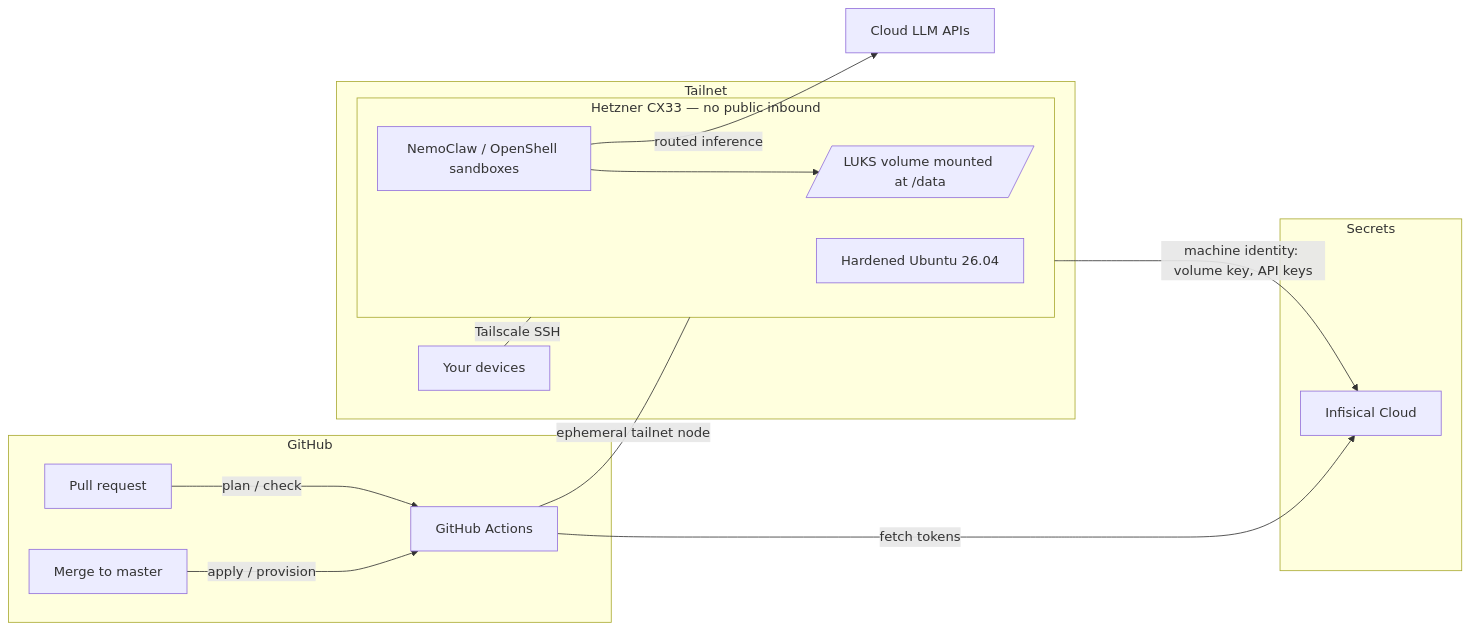
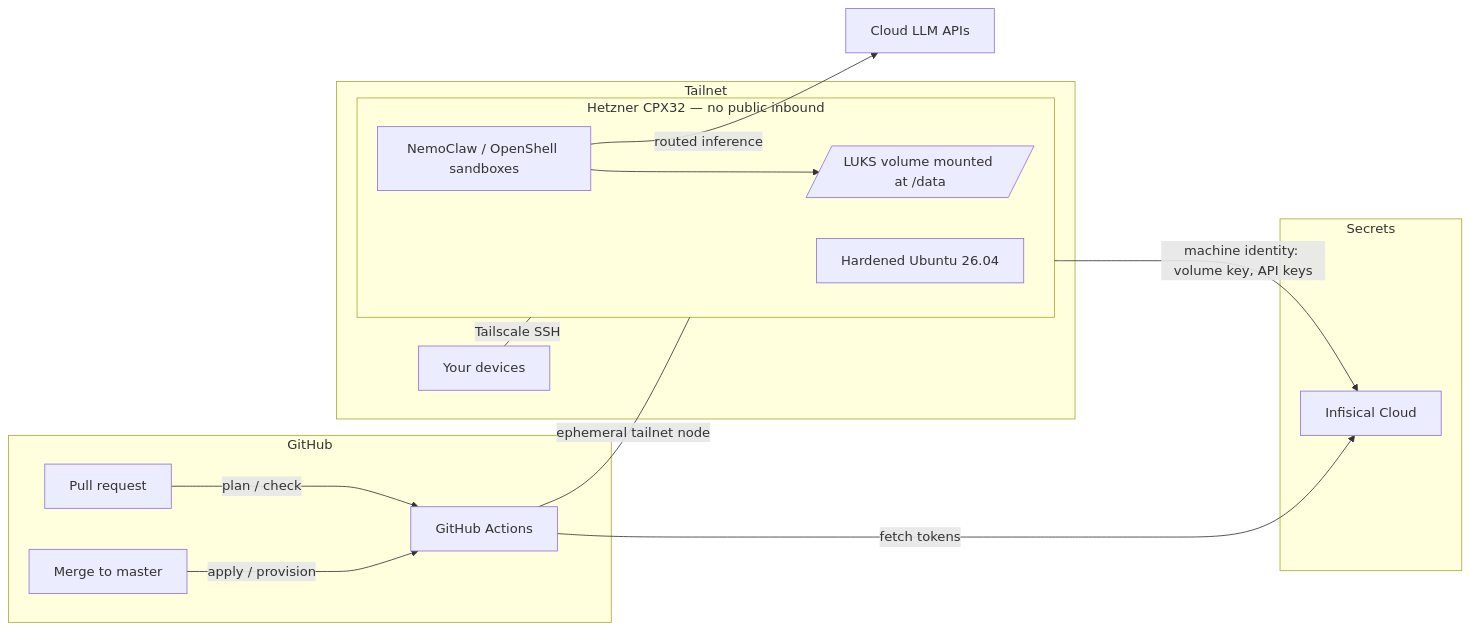
One commit to jfmercer/menegroth changed the diagram in README.md. Above: the diagram before and after it, drawn with Mermaid. The commit also changed other lines of this file and 6 other files, not shown here.

````diff
--- a/README.md
+++ b/README.md
@@ -21,23 +21,23 @@
 ```mermaid
 flowchart LR
     subgraph GitHub
         PR[Pull request] -->|plan / check| CI[GitHub Actions]
         M[Merge to master] -->|apply / provision| CI
     end
     subgraph Secrets
         INF[Infisical Cloud]
     end
     subgraph Tailnet
         DEV[Your devices] ---|Tailscale SSH| SRV
         CI ---|ephemeral tailnet node| SRV
-        subgraph SRV[Hetzner CX33 — no public inbound]
+        subgraph SRV[Hetzner CPX32 — no public inbound]
             HARD[Hardened Ubuntu 26.04]
             VOL[/LUKS volume mounted at /data/]
             NC[NemoClaw / OpenShell sandboxes]
             NC --> VOL
         end
     end
     CI -->|fetch tokens| INF
     SRV -->|machine identity: volume key, API keys| INF
     NC -->|routed inference| API[Cloud LLM APIs]
 ```
````
